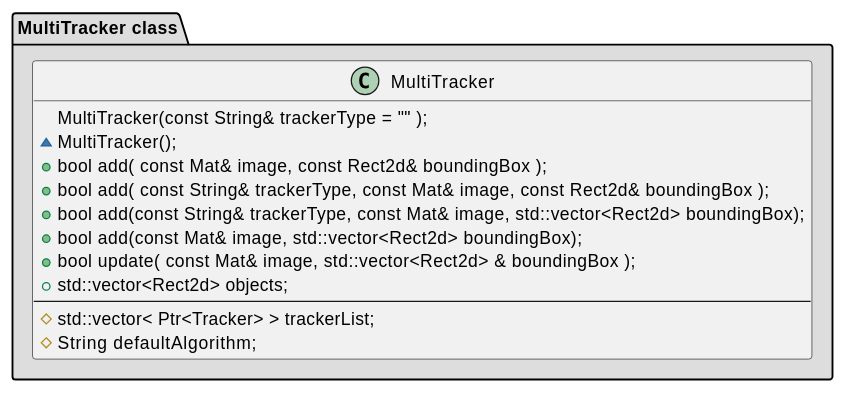
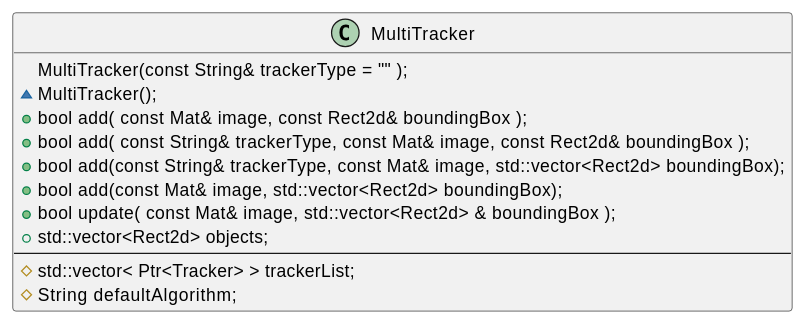
The seventh of 7 diagrams in modules/tracking/doc/diagrams.markdown (opencv/opencv_contrib), drawn with PlantUML before and after one commit. The commit also changed 3 other files, not shown here.

```diff
--- a/modules/tracking/doc/diagrams.markdown
+++ b/modules/tracking/doc/diagrams.markdown
@@ -239,20 +239,18 @@
 @startuml{multi_tracker_uml.png}
-  package "MultiTracker class" #DDDDDD {
 
   class MultiTracker{
     MultiTracker(const String& trackerType = "" );
     ~MultiTracker();
     +bool add( const Mat& image, const Rect2d& boundingBox );
     +bool add( const String& trackerType, const Mat& image, const Rect2d& boundingBox );
     +bool add(const String& trackerType, const Mat& image, std::vector<Rect2d> boundingBox);
     +bool add(const Mat& image, std::vector<Rect2d> boundingBox);
     +bool update( const Mat& image, std::vector<Rect2d> & boundingBox );
     +std::vector<Rect2d> objects;
     ---
     #std::vector< Ptr<Tracker> > trackerList;
     #String defaultAlgorithm;
   }
 
 
-  }
 @enduml
```
